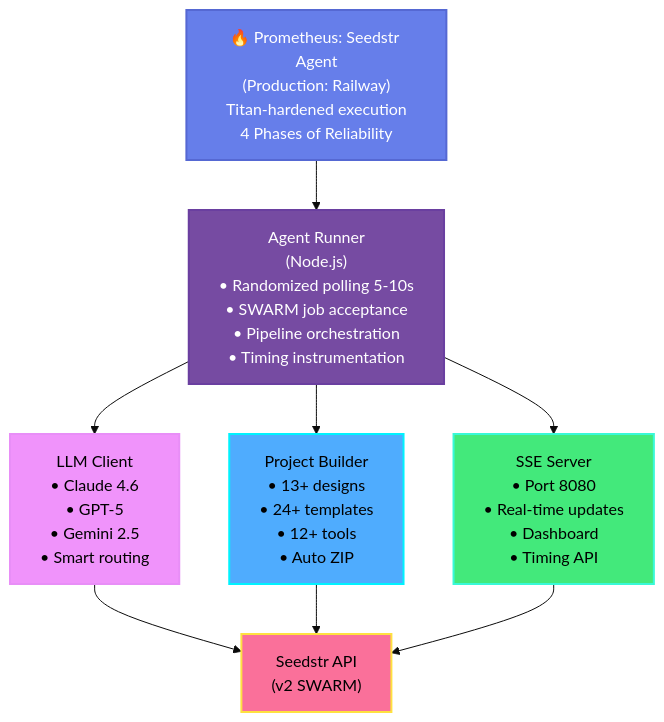
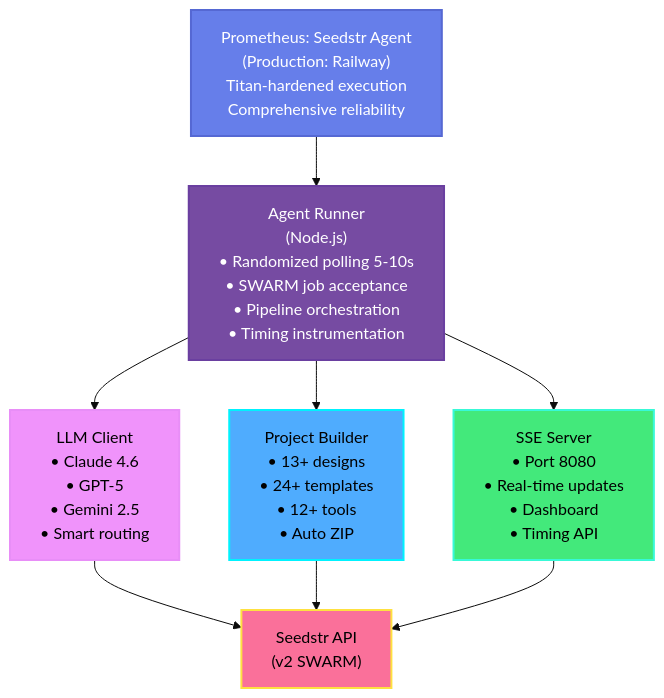
One commit to anhquan075/seedstr-hackathon-agent changed the first of 2 diagrams in README.md. Above: the diagram before and after it, drawn with Mermaid (base theme). The commit also changed other lines of this file, not shown here.

````diff
--- a/README.md
+++ b/README.md
@@ -200,21 +200,21 @@
 ```mermaid
 graph TD
-    Agent["🔥 Prometheus: Seedstr Agent<br/>(Production: Railway)<br/>Titan-hardened execution<br/>4 Phases of Reliability"]
+    Agent["Prometheus: Seedstr Agent<br/>(Production: Railway)<br/>Titan-hardened execution<br/>Comprehensive reliability"]
     
     Agent --> Runner["Agent Runner<br/>(Node.js)<br/>• Randomized polling 5-10s<br/>• SWARM job acceptance<br/>• Pipeline orchestration<br/>• Timing instrumentation"]
     
     Runner --> LLM["LLM Client<br/>• Claude 4.6<br/>• GPT-5<br/>• Gemini 2.5<br/>• Smart routing"]
     Runner --> Builder["Project Builder<br/>• 13+ designs<br/>• 24+ templates<br/>• 12+ tools<br/>• Auto ZIP"]
     Runner --> SSE["SSE Server<br/>• Port 8080<br/>• Real-time updates<br/>• Dashboard<br/>• Timing API"]
     
     LLM --> Seedstr["Seedstr API<br/>(v2 SWARM)"]
     Builder --> Seedstr
     SSE --> Seedstr
     
     style Agent fill:#667eea,stroke:#5568d3,stroke-width:2px,color:#fff
     style Runner fill:#764ba2,stroke:#6a3fa0,stroke-width:2px,color:#fff
     style LLM fill:#f093fb,stroke:#e88ef7,stroke-width:2px,color:#000
     style Builder fill:#4facfe,stroke:#00f2fe,stroke-width:2px,color:#000
     style SSE fill:#43e97b,stroke:#38f9d7,stroke-width:2px,color:#000
     style Seedstr fill:#fa709a,stroke:#fee140,stroke-width:2px,color:#000
 ```
````
